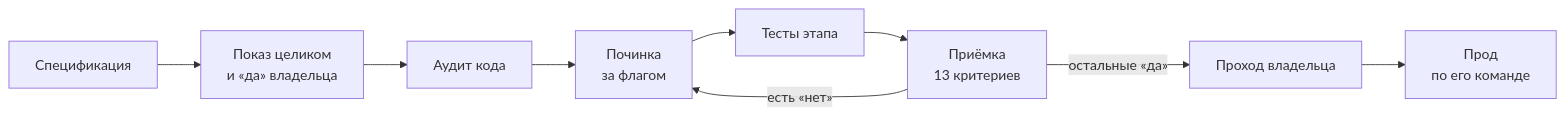
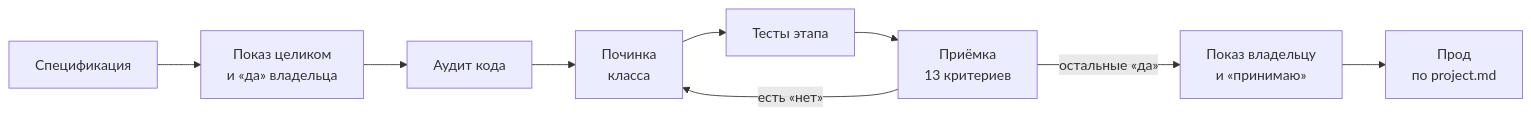
Before and after one commit to Aar0nWalker/Agent-Rules: the first of 2 diagrams in README.md, drawn with Mermaid. The commit also changed other lines of this file and 40 other files, not shown here.

````diff
--- a/README.md
+++ b/README.md
@@ -116,11 +108,11 @@
 ```mermaid
 flowchart LR
     A[Спецификация] --> B[Показ целиком<br/>и «да» владельца]
     B --> C[Аудит кода]
-    C --> D[Починка<br/>за флагом]
+    C --> D[Починка<br/>класса]
     D --> E[Тесты этапа]
     E --> F[Приёмка<br/>13 критериев]
     F -->|есть «нет»| D
-    F -->|остальные «да»| G[Проход владельца]
-    G --> H[Прод<br/>по его команде]
+    F -->|остальные «да»| G[Показ владельцу<br/>и «принимаю»]
+    G --> H[Прод<br/>по project.md]
 ```
````
